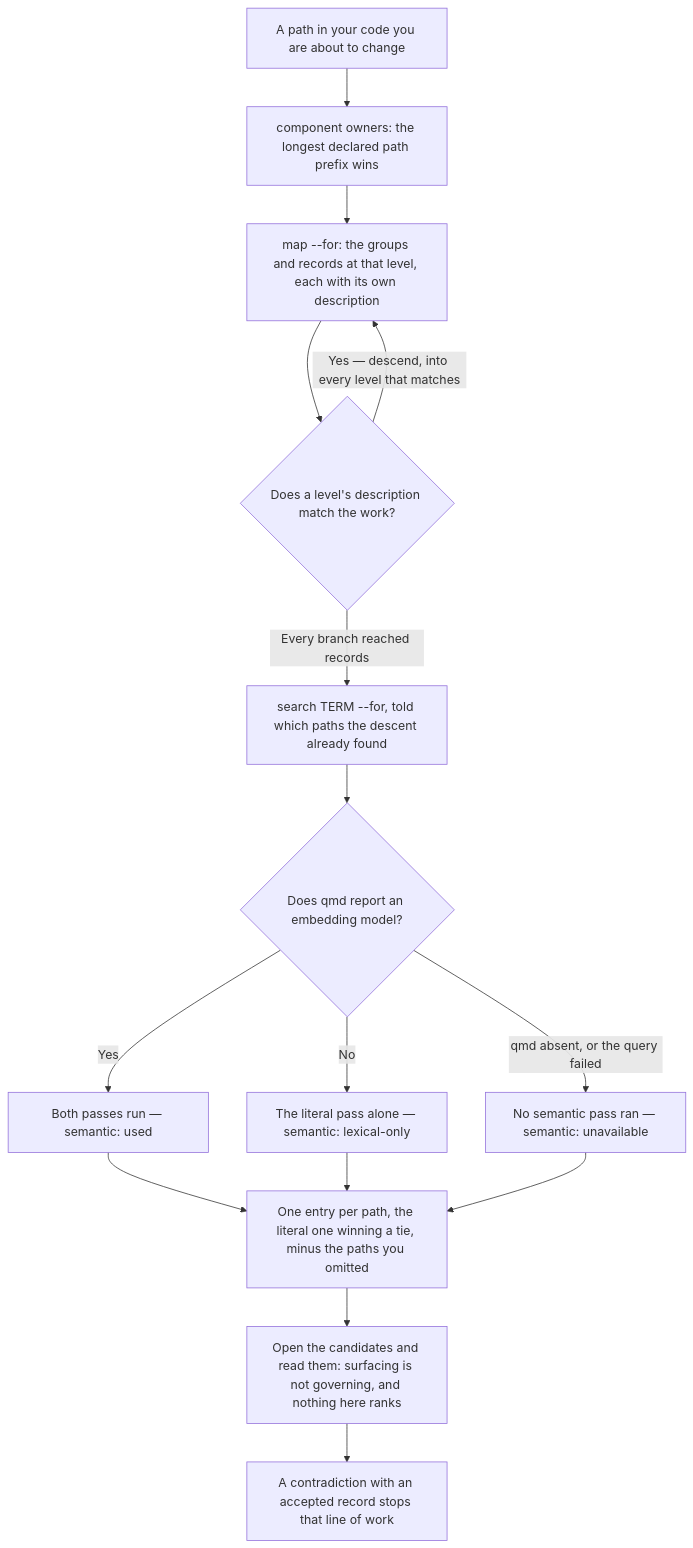
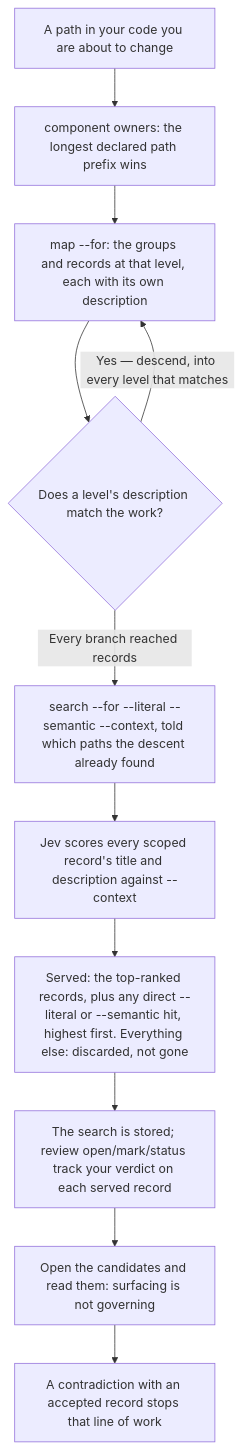
Before and after one commit to franwerner/open-record: the first of 5 diagrams in README.md, drawn with Mermaid. The commit also changed other lines of this file and 35 other files, not shown here.

First line of the commit message:
feat(search)!: rank every scoped record with Jev and require qmd

````diff
--- a/README.md
+++ b/README.md
@@ -92,17 +97,13 @@
 ```mermaid
 flowchart TD
     F["A path in your code you are about to change"] --> O["component owners: the longest declared path prefix wins"]
     O --> M["map --for: the groups and records at that level, each with its own description"]
     M --> D{"Does a level's description match the work?"}
     D --> |"Yes — descend, into every level that matches"| M
-    D --> |"Every branch reached records"| S["search TERM --for, told which paths the descent already found"]
-    S --> C{"Does qmd report an embedding model?"}
-    C --> |"Yes"| B["Both passes run — semantic: used"]
-    C --> |"No"| L["The literal pass alone — semantic: lexical-only"]
-    C --> |"qmd absent, or the query failed"| U["No semantic pass ran — semantic: unavailable"]
-    B --> R["One entry per path, the literal one winning a tie, minus the paths you omitted"]
-    L --> R
-    U --> R
-    R --> J["Open the candidates and read them: surfacing is not governing, and nothing here ranks"]
-    J --> K["A contradiction with an accepted record stops that line of work"]
+    D --> |"Every branch reached records"| S["search --for --literal --semantic --context, told which paths the descent already found"]
+    S --> J1["Jev scores every scoped record's title and description against --context"]
+    J1 --> R["Served: the top-ranked records, plus any direct --literal or --semantic hit, highest first. Everything else: discarded, not gone"]
+    R --> ST["The search is stored; review open/mark/status track your verdict on each served record"]
+    ST --> OP["Open the candidates and read them: surfacing is not governing"]
+    OP --> K["A contradiction with an accepted record stops that line of work"]
 ```
````
